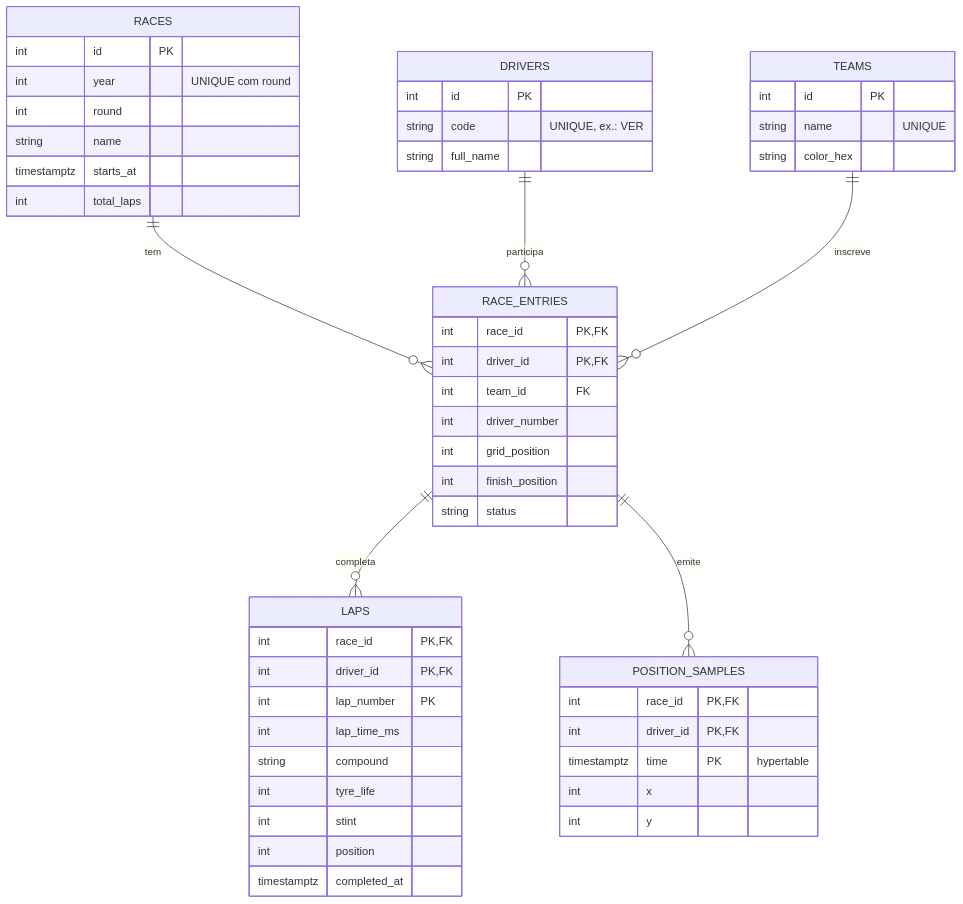
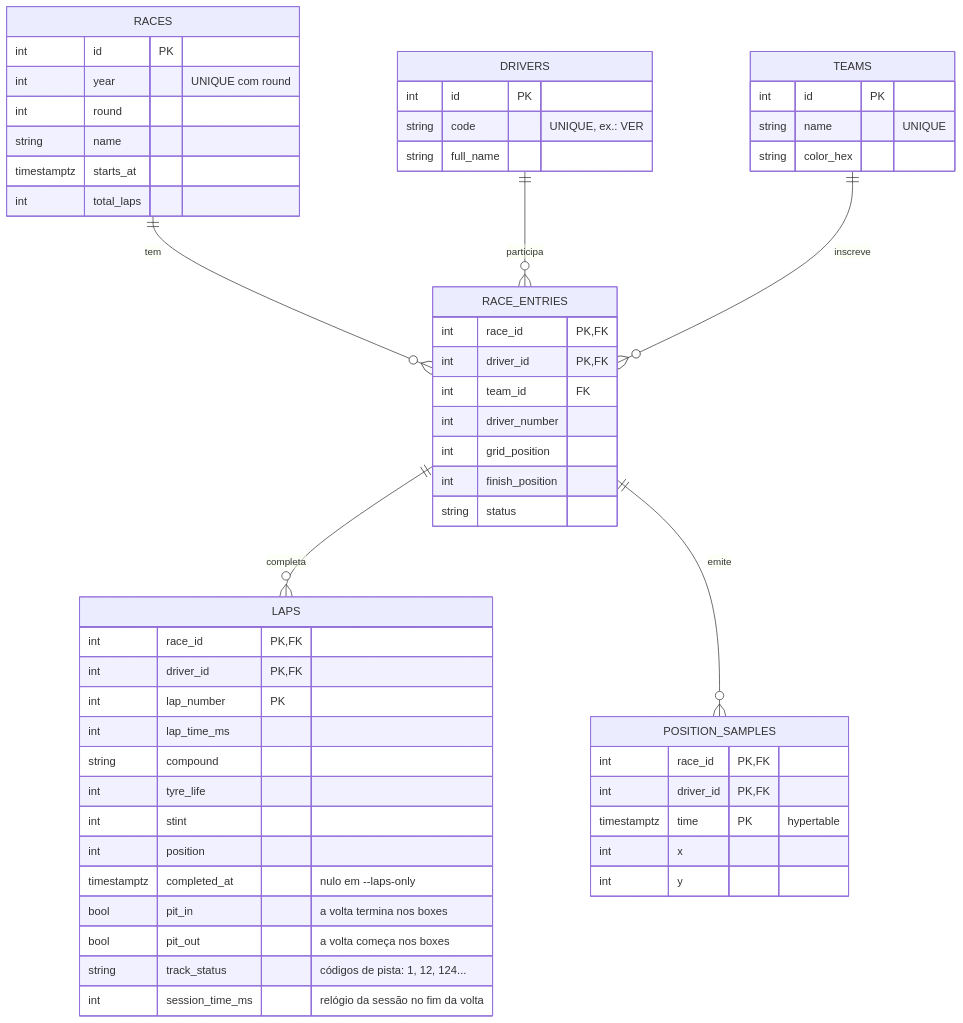
The sixth of 6 diagrams in README.md (isabelaohanadev/f1-race-engineer), drawn with Mermaid before and after one commit. The commit also changed other lines of this file and 11 other files, not shown here.

First line of the commit message:
feat(ingestion): guarda box, status de pista e relógio da sessão nas voltas, e --laps-only

````diff
--- a/README.md
+++ b/README.md
@@ -188,54 +188,58 @@
 ```mermaid
 erDiagram
     RACES ||--o{ RACE_ENTRIES : "tem"
     DRIVERS ||--o{ RACE_ENTRIES : "participa"
     TEAMS ||--o{ RACE_ENTRIES : "inscreve"
     RACE_ENTRIES ||--o{ LAPS : "completa"
     RACE_ENTRIES ||--o{ POSITION_SAMPLES : "emite"
 
     RACES {
         int id PK
         int year "UNIQUE com round"
         int round
         string name
         timestamptz starts_at
         int total_laps
     }
     DRIVERS {
         int id PK
         string code "UNIQUE, ex.: VER"
         string full_name
     }
     TEAMS {
         int id PK
         string name "UNIQUE"
         string color_hex
     }
     RACE_ENTRIES {
         int race_id PK, FK
         int driver_id PK, FK
         int team_id FK
         int driver_number
         int grid_position
         int finish_position
         string status
     }
     LAPS {
         int race_id PK, FK
         int driver_id PK, FK
         int lap_number PK
         int lap_time_ms
         string compound
         int tyre_life
         int stint
         int position
-        timestamptz completed_at
+        timestamptz completed_at "nulo em --laps-only"
+        bool pit_in "a volta termina nos boxes"
+        bool pit_out "a volta começa nos boxes"
+        string track_status "códigos de pista: 1, 12, 124..."
+        int session_time_ms "relógio da sessão no fim da volta"
     }
     POSITION_SAMPLES {
         int race_id PK, FK
         int driver_id PK, FK
         timestamptz time PK "hypertable"
         int x
         int y
     }
 ```
````
